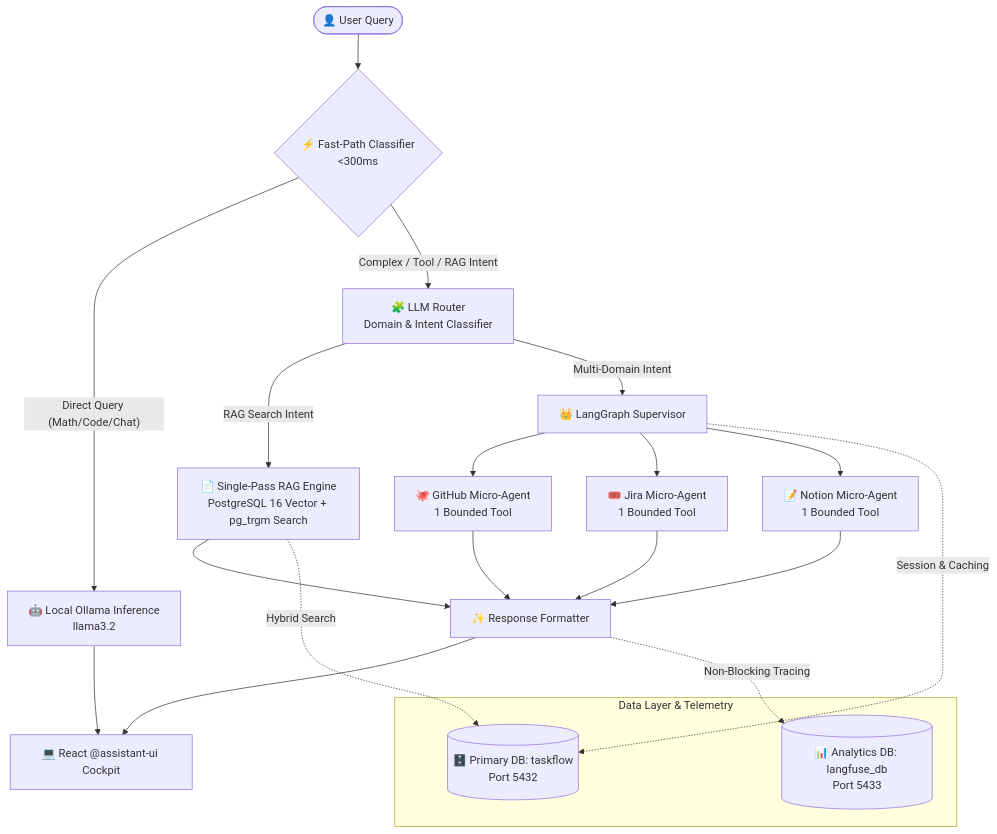
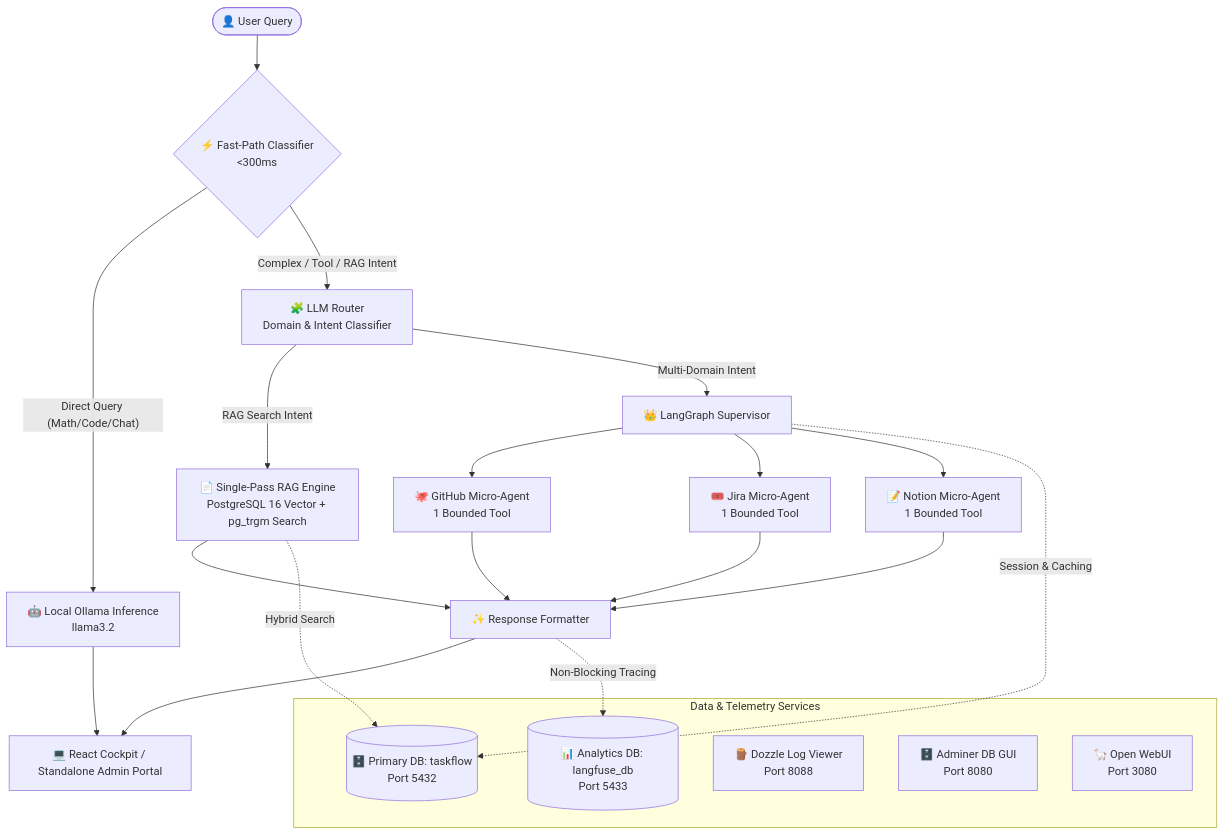
Before and after one commit to logsv/em-taskflow-ai: the diagram in README.md, drawn with Mermaid. The commit also changed other lines of this file and 13 other files, not shown here.

Commit message:
feat: implement PDF chunk viewer in admin dashboard, update service URLs to localhost, and add agent skill documentation.

````diff
--- a/README.md
+++ b/README.md
@@ -52,31 +71,34 @@
 ```mermaid
 flowchart TD
     User([👤 User Query]) --> FastPath{⚡ Fast-Path Classifier\n<300ms}
     
     FastPath -- "Direct Query (Math/Code/Chat)" --> DirectLLM[🤖 Local Ollama Inference\nllama3.2]
     FastPath -- "Complex / Tool / RAG Intent" --> Router[🧩 LLM Router\nDomain & Intent Classifier]
     
     Router -- "RAG Search Intent" --> SinglePassRAG[📄 Single-Pass RAG Engine\nPostgreSQL 16 Vector + pg_trgm Search]
     Router -- "Multi-Domain Intent" --> Supervisor[👑 LangGraph Supervisor]
     
     Supervisor --> GH[🐙 GitHub Micro-Agent\n1 Bounded Tool]
     Supervisor --> Jira[🎟️ Jira Micro-Agent\n1 Bounded Tool]
     Supervisor --> Notion[📝 Notion Micro-Agent\n1 Bounded Tool]
     
     SinglePassRAG --> Formatter[✨ Response Formatter]
     GH --> Formatter
     Jira --> Formatter
     Notion --> Formatter
     
     DirectLLM --> UICockpit
-    Formatter --> UICockpit[💻 React @assistant-ui Cockpit]
+    Formatter --> UICockpit[💻 React Cockpit / Standalone Admin Portal]
     
-    subgraph Data Layer & Telemetry
+    subgraph Data & Telemetry Services
         Postgres[(🗄️ Primary DB: taskflow\nPort 5432)]
         Langfuse[(📊 Analytics DB: langfuse_db\nPort 5433)]
+        Dozzle[🪵 Dozzle Log Viewer\nPort 8088]
+        Adminer[🗄️ Adminer DB GUI\nPort 8080]
+        OpenWebUI[🦙 Open WebUI\nPort 3080]
     end
     
     SinglePassRAG -. Hybrid Search .-> Postgres
     Supervisor -. Session & Caching .-> Postgres
     Formatter -. Non-Blocking Tracing .-> Langfuse
 ```
````
